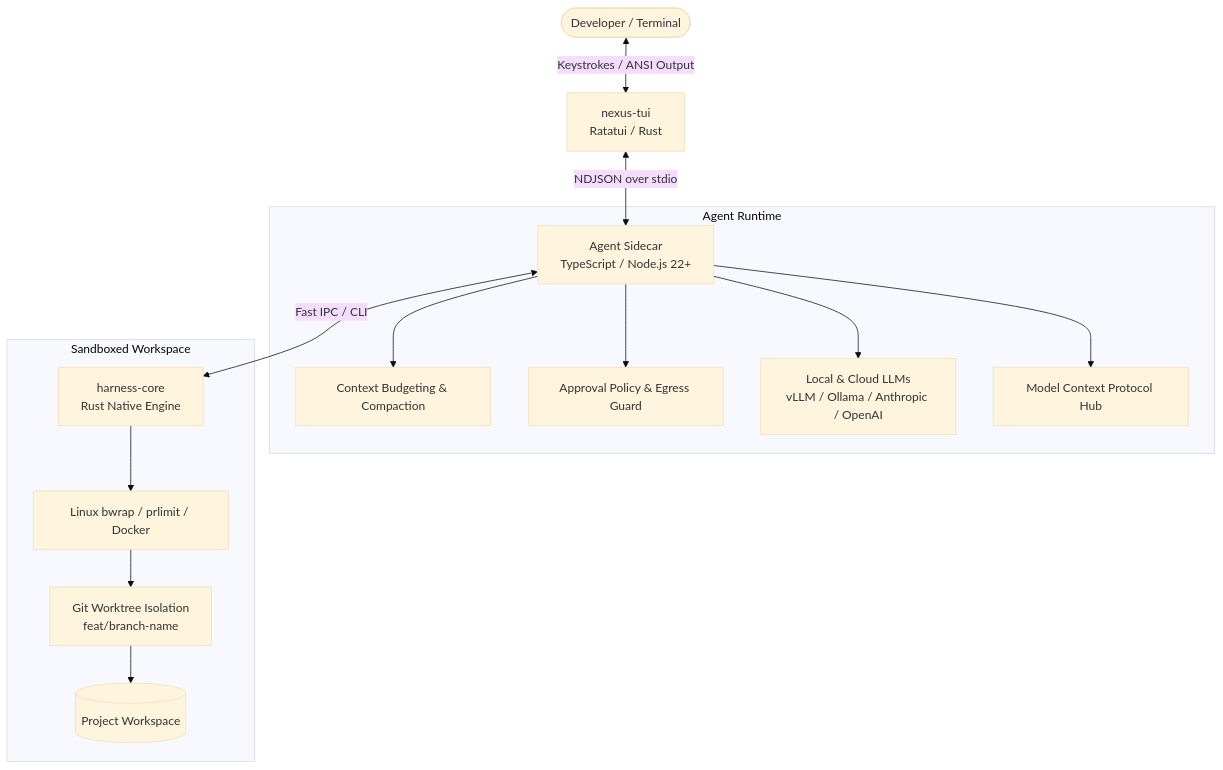
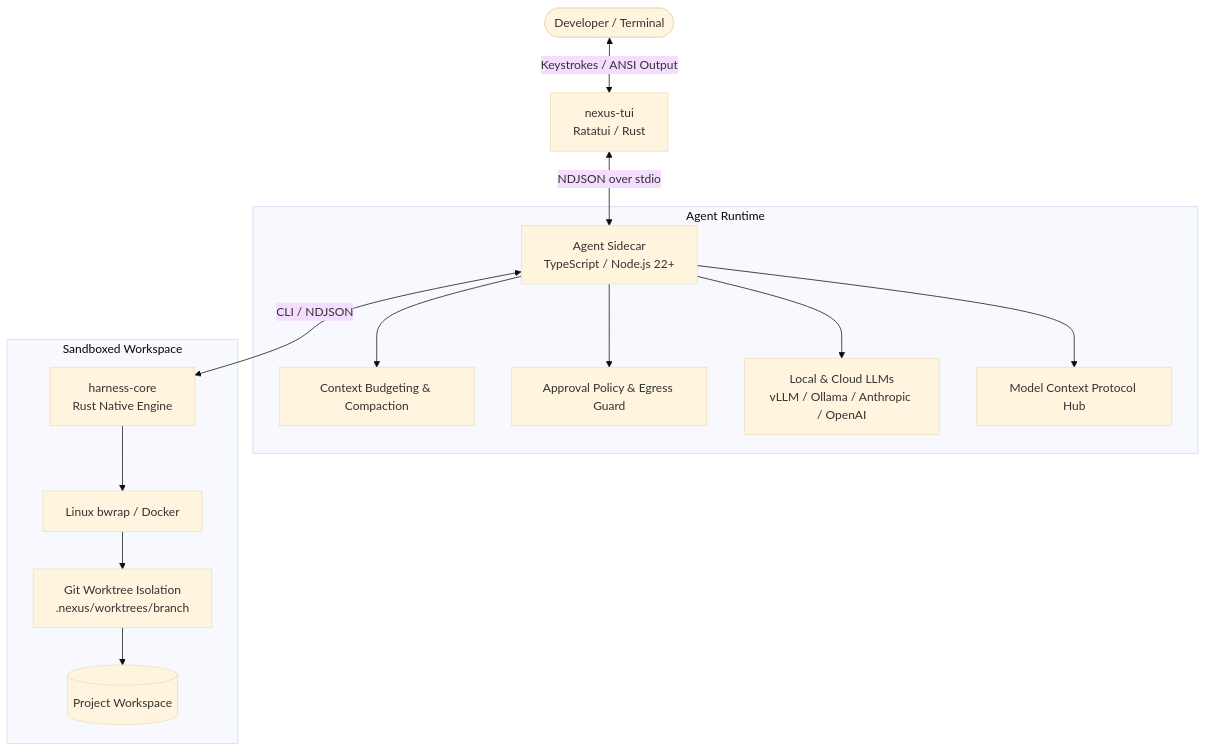
Before and after one commit to mikeholownych/nexus-code: the diagram in README.md, drawn with Mermaid (base theme). The commit also changed other lines of this file and 1 other file, not shown here.

First line of the commit message:
docs: drop unsupported claims, emoji and invented diagram details from README

````diff
--- a/README.md
+++ b/README.md
@@ -62,20 +62,20 @@
 ```mermaid
 graph TD
     User([Developer / Terminal]) <-->|Keystrokes / ANSI Output| TUI[nexus-tui\nRatatui / Rust]
     TUI <-->|NDJSON over stdio| Sidecar[Agent Sidecar\nTypeScript / Node.js 22+]
     
     subgraph Agent Runtime
         Sidecar --> Context[Context Budgeting & Compaction]
         Sidecar --> Approval[Approval Policy & Egress Guard]
         Sidecar --> Models[Local & Cloud LLMs\nvLLM / Ollama / Anthropic / OpenAI]
         Sidecar --> MCP[Model Context Protocol Hub]
     end
 
-    Sidecar <-->|Fast IPC / CLI| CoreTools[harness-core\nRust Native Engine]
+    Sidecar <-->|CLI / NDJSON| CoreTools[harness-core\nRust Native Engine]
 
     subgraph Sandboxed Workspace
-        CoreTools --> Sandbox[Linux bwrap / prlimit / Docker]
-        Sandbox --> Worktrees[Git Worktree Isolation\nfeat/branch-name]
+        CoreTools --> Sandbox[Linux bwrap / Docker]
+        Sandbox --> Worktrees[Git Worktree Isolation\n.nexus/worktrees/branch]
         Worktrees --> Disk[(Project Workspace)]
     end
 ```
````
